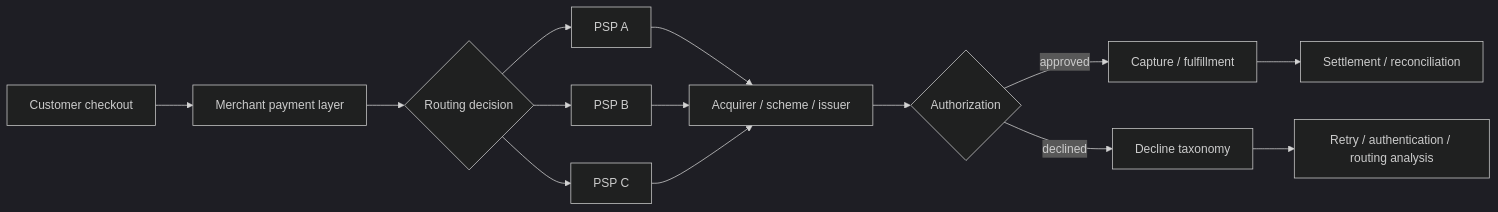
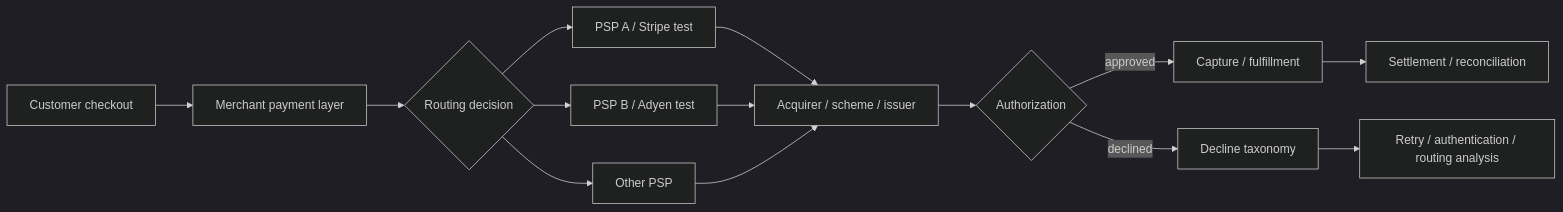
The diagram in README.md (layan985/eu-payments-acceptance-engine), drawn with Mermaid (dark theme) before and after one commit. The commit also changed other lines of this file, not shown here.

Commit message:
Surface current ECB context and PSP sandbox verification

````diff
--- a/README.md
+++ b/README.md
@@ -44,16 +58,16 @@
 ```mermaid
 flowchart LR
     A[Customer checkout] --> B[Merchant payment layer]
     B --> C{Routing decision}
-    C --> D[PSP A]
-    C --> E[PSP B]
-    C --> F[PSP C]
+    C --> D[PSP A / Stripe test]
+    C --> E[PSP B / Adyen test]
+    C --> F[Other PSP]
     D --> G[Acquirer / scheme / issuer]
     E --> G
     F --> G
     G --> H{Authorization}
     H -->|approved| I[Capture / fulfillment]
     H -->|declined| J[Decline taxonomy]
     I --> K[Settlement / reconciliation]
     J --> L[Retry / authentication / routing analysis]
 ```
````
